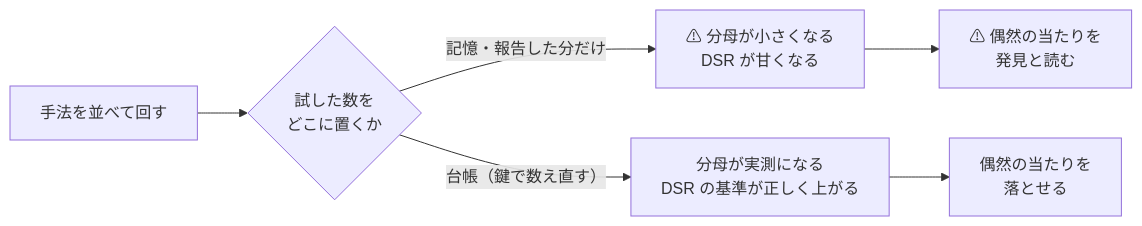
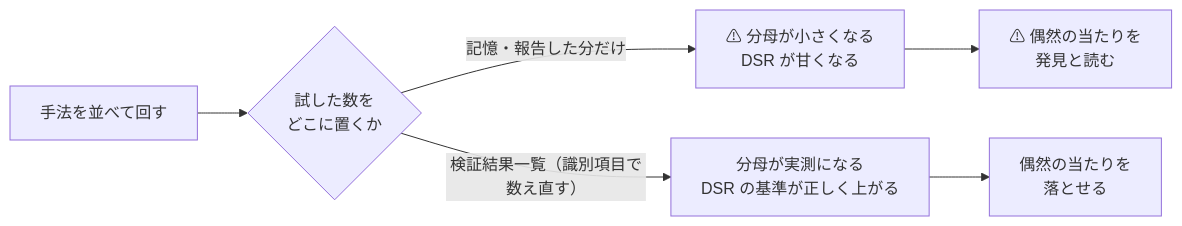
The first of 3 diagrams in docs/specs/experiments/feature-discovery/ledger-role.md (akiraak/ai-income-lab), drawn with Mermaid before and after one commit. The commit also changed other lines of this file and 52 other files, not shown here.

````diff
--- a/docs/specs/experiments/feature-discovery/ledger-role.md
+++ b/docs/specs/experiments/feature-discovery/ledger-role.md
@@ -30,8 +30,8 @@
 ```mermaid
 flowchart LR
   M["手法を並べて回す"] --> Q{"試した数を<br/>どこに置くか"}
   Q -->|"記憶・報告した分だけ"| B["⚠ 分母が小さくなる<br/>DSR が甘くなる"]
-  Q -->|"台帳（鍵で数え直す）"| G["分母が実測になる<br/>DSR の基準が正しく上がる"]
+  Q -->|"検証結果一覧（識別項目で数え直す）"| G["分母が実測になる<br/>DSR の基準が正しく上がる"]
   B --> X["⚠ 偶然の当たりを<br/>発見と読む"]
   G --> Y["偶然の当たりを<br/>落とせる"]
 ```
````
